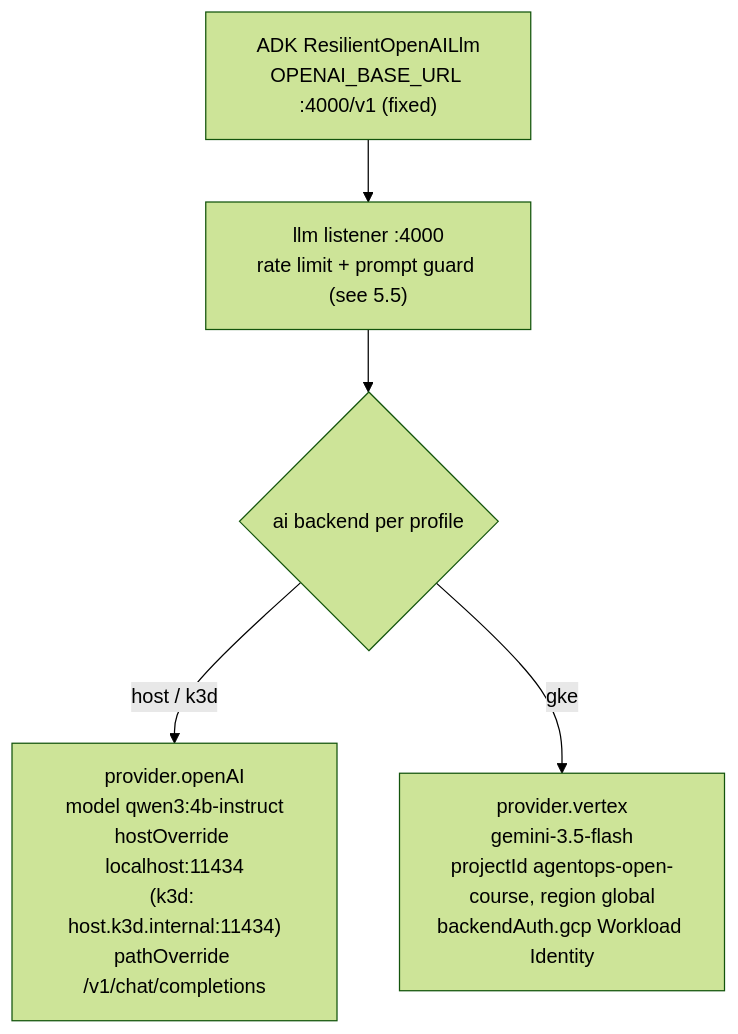
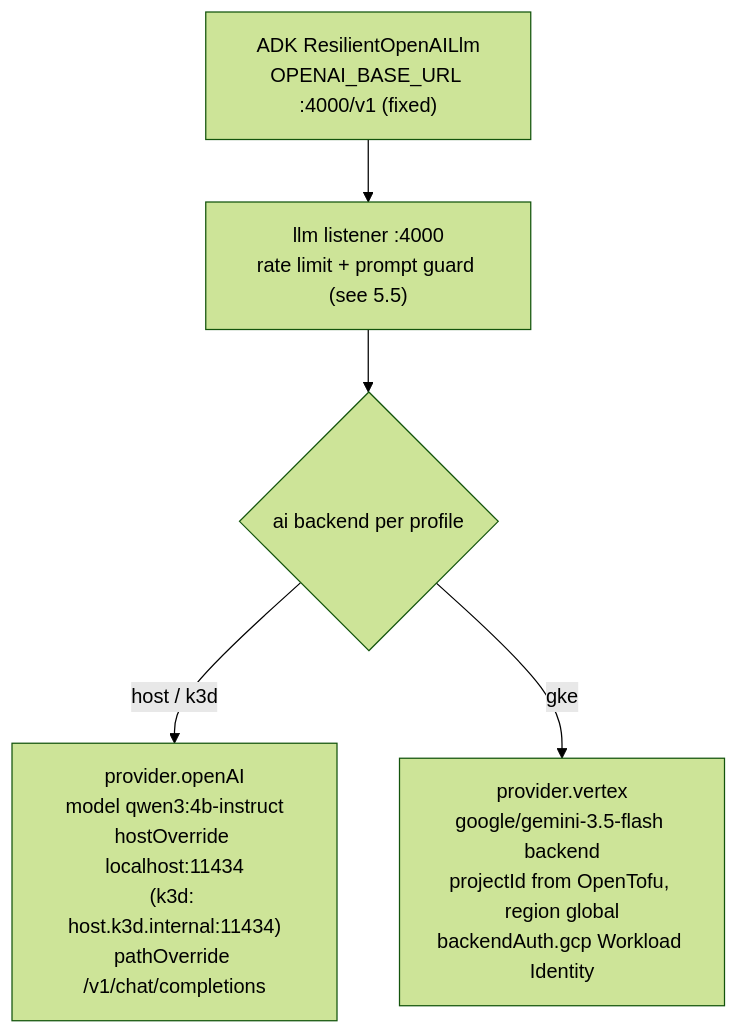
The second of 2 diagrams in docs/5. Gateway/5.4. Model Gateway.md (LuiGGi629/agentops-open-course), drawn with Mermaid (forest theme) before and after one commit. The commit also changed other lines of this file and 32 other files, not shown here.

Commit message:
feat(platform): prepare project-neutral GKE delivery

````diff
--- a/docs/5. Gateway/5.4. Model Gateway.md
+++ b/docs/5. Gateway/5.4. Model Gateway.md
@@ -131,7 +131,7 @@
 ```mermaid
 flowchart TD
     APP["ADK ResilientOpenAILlm<br/>OPENAI_BASE_URL :4000/v1 (fixed)"] --> L["llm listener :4000<br/>rate limit + prompt guard (see 5.5)"]
     L --> B{ai backend per profile}
     B -->|host / k3d| O["provider.openAI<br/>model qwen3:4b-instruct<br/>hostOverride localhost:11434<br/>(k3d: host.k3d.internal:11434)<br/>pathOverride /v1/chat/completions"]
-    B -->|gke| V["provider.vertex<br/>gemini-3.5-flash<br/>projectId agentops-open-course, region global<br/>backendAuth.gcp Workload Identity"]
+    B -->|gke| V["provider.vertex<br/>google/gemini-3.5-flash backend<br/>projectId from OpenTofu, region global<br/>backendAuth.gcp Workload Identity"]
 ```
````
